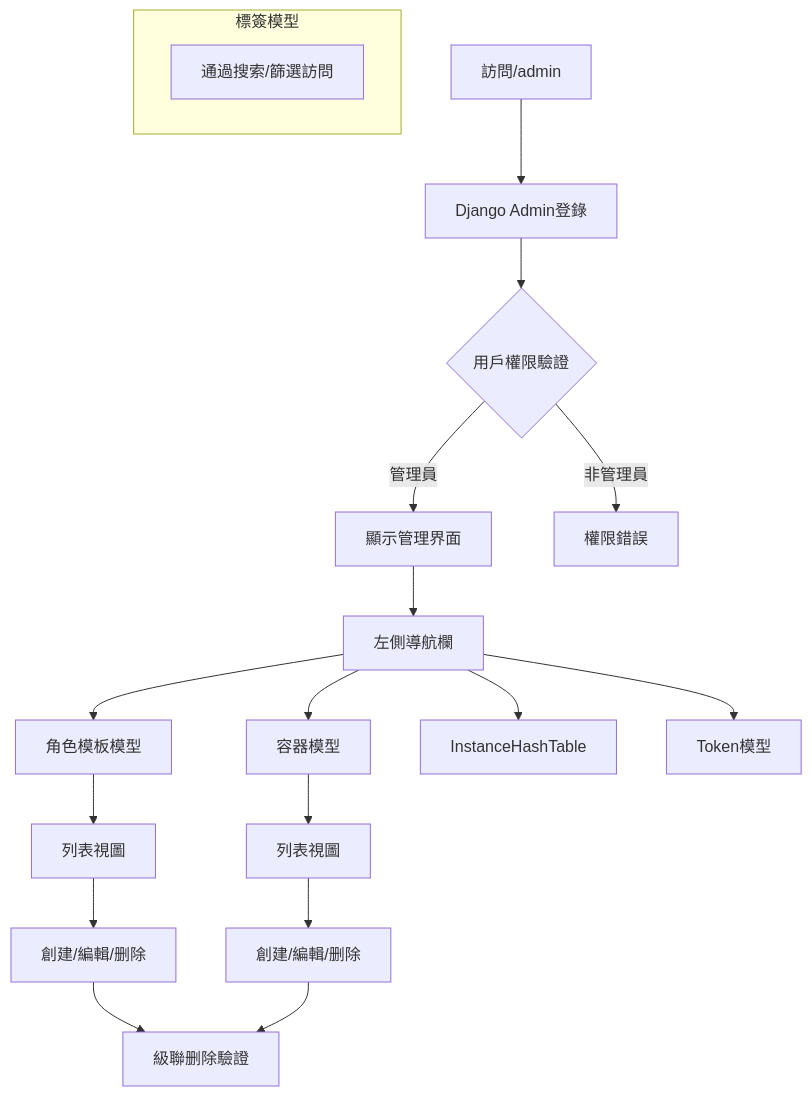
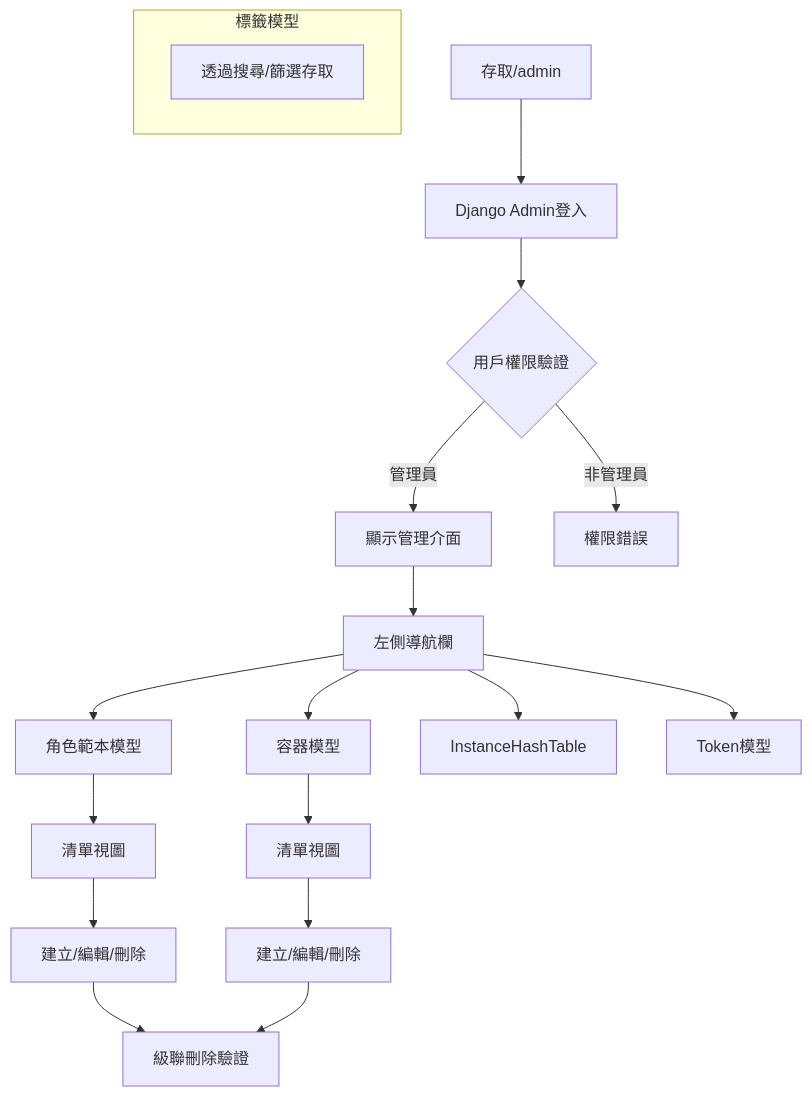
Before and after one commit to lizzary/Quantitative-Strategy-Management-and-Monitoring-System-Platform: diagram 21 of 48 in readme.md, drawn with Mermaid. The commit also changed other lines of this file, not shown here.

````diff
--- a/readme.md
+++ b/readme.md
@@ -1519,26 +1551,26 @@
 ```mermaid
 flowchart TD
-    A[訪問/admin] --> B[Django Admin登錄]
+    A[存取/admin] --> B[Django Admin登入]
     B --> C{用戶權限驗證}
-    C -- 管理員 --> D[顯示管理界面]
+    C -- 管理員 --> D[顯示管理介面]
     C -- 非管理員 --> E[權限錯誤]
     
     D --> F[左側導航欄]
-    F --> G[角色模板模型]
+    F --> G[角色範本模型]
     F --> H[容器模型]
     F --> I[InstanceHashTable]
     F --> J[Token模型]
     
-    subgraph "標簽模型"
-        K[通過搜索/篩選訪問]
+    subgraph "標籤模型"
+        K[透過搜尋/篩選存取]
     end
     
-    G --> L[列表視圖]
-    L --> M[創建/編輯/删除]
+    G --> L[清單視圖]
+    L --> M[建立/編輯/刪除]
     
-    H --> N[列表視圖]
-    N --> O[創建/編輯/删除]
+    H --> N[清單視圖]
+    N --> O[建立/編輯/刪除]
     
-    M --> P[級聯删除驗證]
+    M --> P[級聯刪除驗證]
     O --> P
 ```
````
